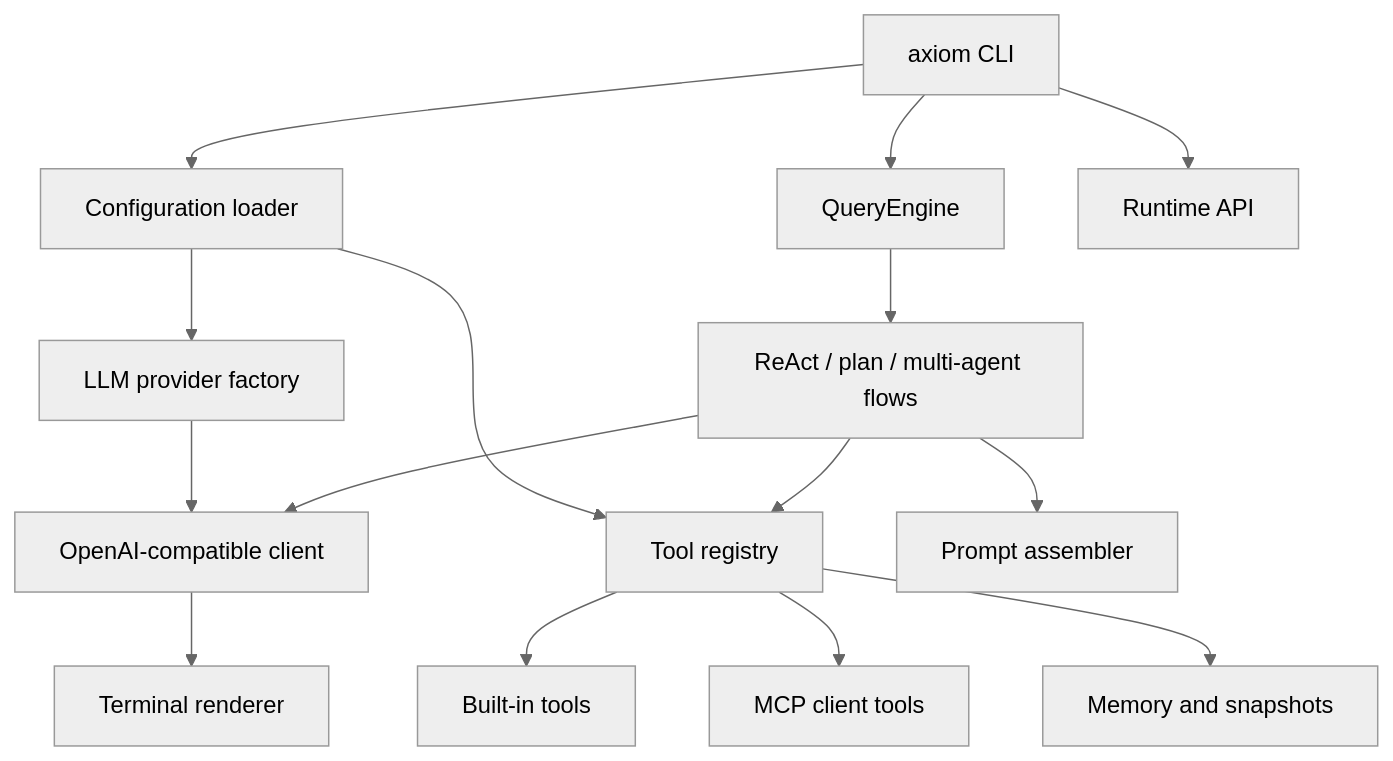
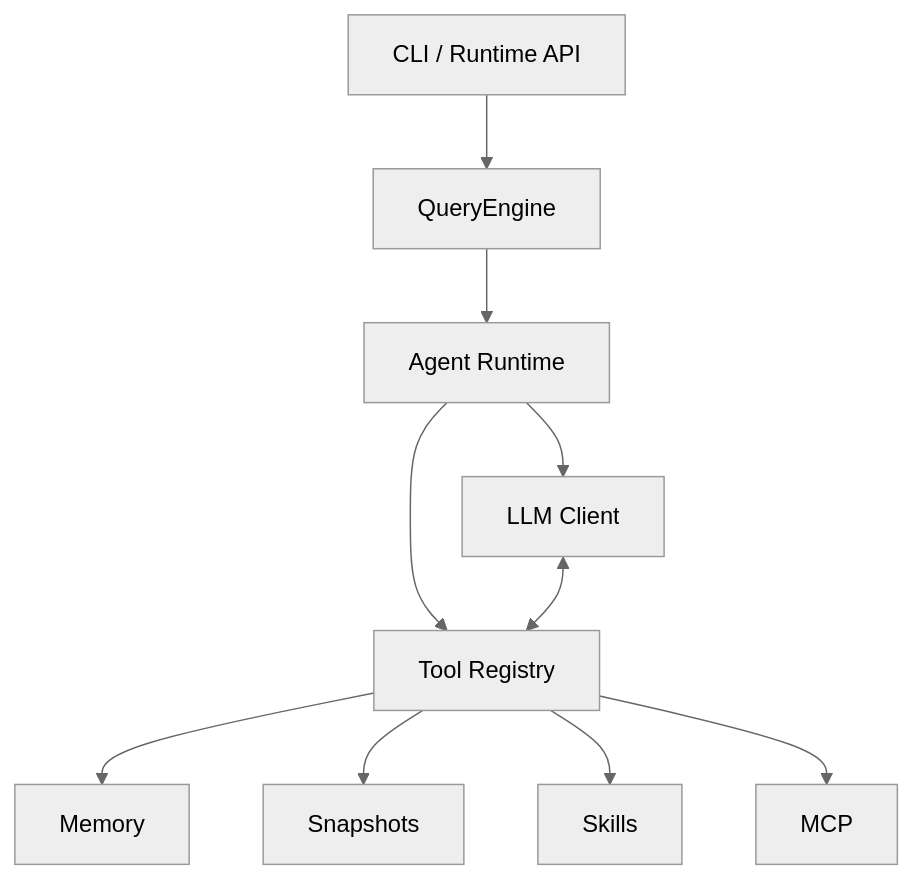
Before and after one commit to ZhangYiFan2003/axiom-agent: the diagram in README.md, drawn with Mermaid (neutral theme). The commit also changed other lines of this file, not shown here.

Commit message:
docs: improve open-source project overview

````diff
--- a/README.md
+++ b/README.md
@@ -27,17 +43,12 @@
 ```mermaid
 flowchart TD
-    CLI["axiom CLI"] --> Config["Configuration loader"]
-    Config --> LLM["LLM provider factory"]
-    Config --> Tools["Tool registry"]
-    Tools --> Builtins["Built-in tools"]
-    Tools --> MCP["MCP client tools"]
-    LLM --> Client["OpenAI-compatible client"]
-    CLI --> Engine["QueryEngine"]
-    Engine --> Agent["ReAct / plan / multi-agent flows"]
-    Agent --> Prompt["Prompt assembler"]
-    Agent --> Client
-    Agent --> Tools
-    Client --> Renderer["Terminal renderer"]
-    Tools --> Memory["Memory and snapshots"]
-    CLI --> Runtime["Runtime API"]
+    A["CLI / Runtime API"] --> B["QueryEngine"]
+    B --> C["Agent Runtime"]
+    C --> D["LLM Client"]
+    C --> E["Tool Registry"]
+    D <--> E
+    E --> F["Memory"]
+    E --> G["Snapshots"]
+    E --> H["Skills"]
+    E --> I["MCP"]
 ```
````
